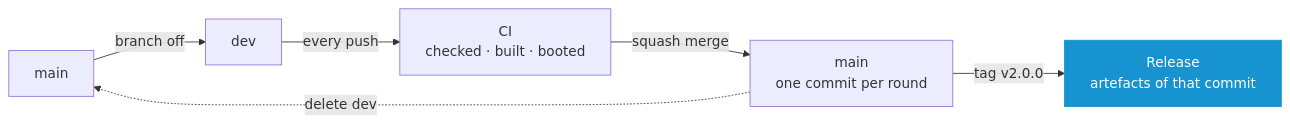
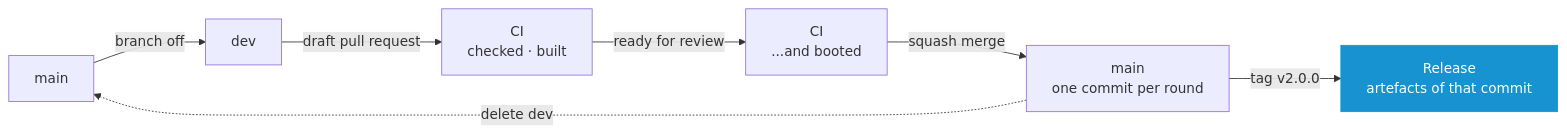
Before and after one commit to murkl/arch-os: the first of 2 diagrams in docs/CONTRIBUTING.md, drawn with Mermaid. The commit also changed other lines of this file and 1 other file, not shown here.

Commit message:
Trigger CI once per change and gate the image on the pull request's state

````diff
--- a/docs/CONTRIBUTING.md
+++ b/docs/CONTRIBUTING.md
@@ -9,10 +9,11 @@
 ```mermaid
 flowchart LR
     M["main"] -->|branch off| D["dev"]
-    D -->|every push| C["CI<br/>checked · built · booted"]
-    C -->|squash merge| M2["main<br/>one commit per round"]
+    D -->|draft pull request| C["CI<br/>checked · built"]
+    C -->|ready for review| F["CI<br/>...and booted"]
+    F -->|squash merge| M2["main<br/>one commit per round"]
     M2 -->|tag v2.0.0| R["Release<br/>artefacts of that commit"]
     M2 -.->|delete dev| M
 
     style R fill:#1793d1,stroke:#1793d1,color:#fff
 ```
````
